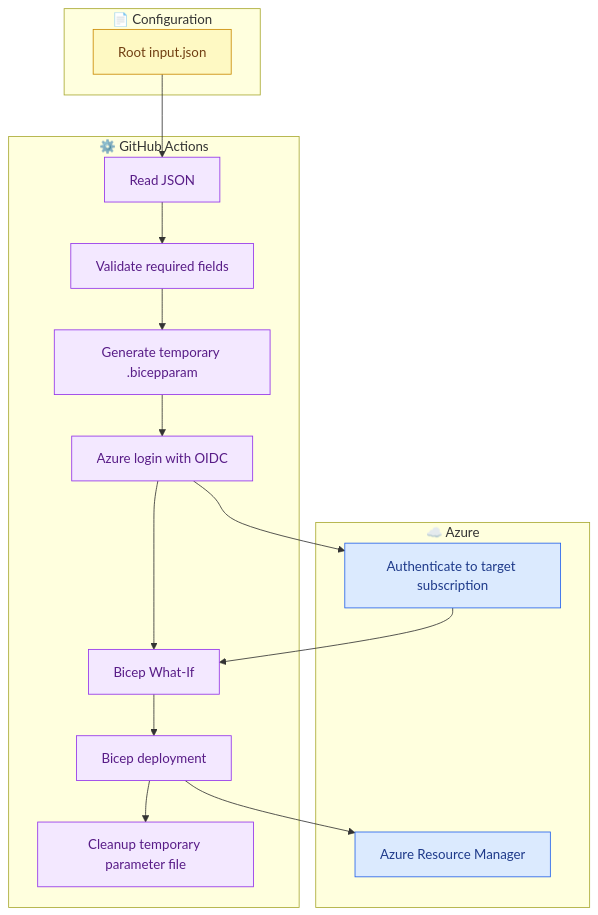
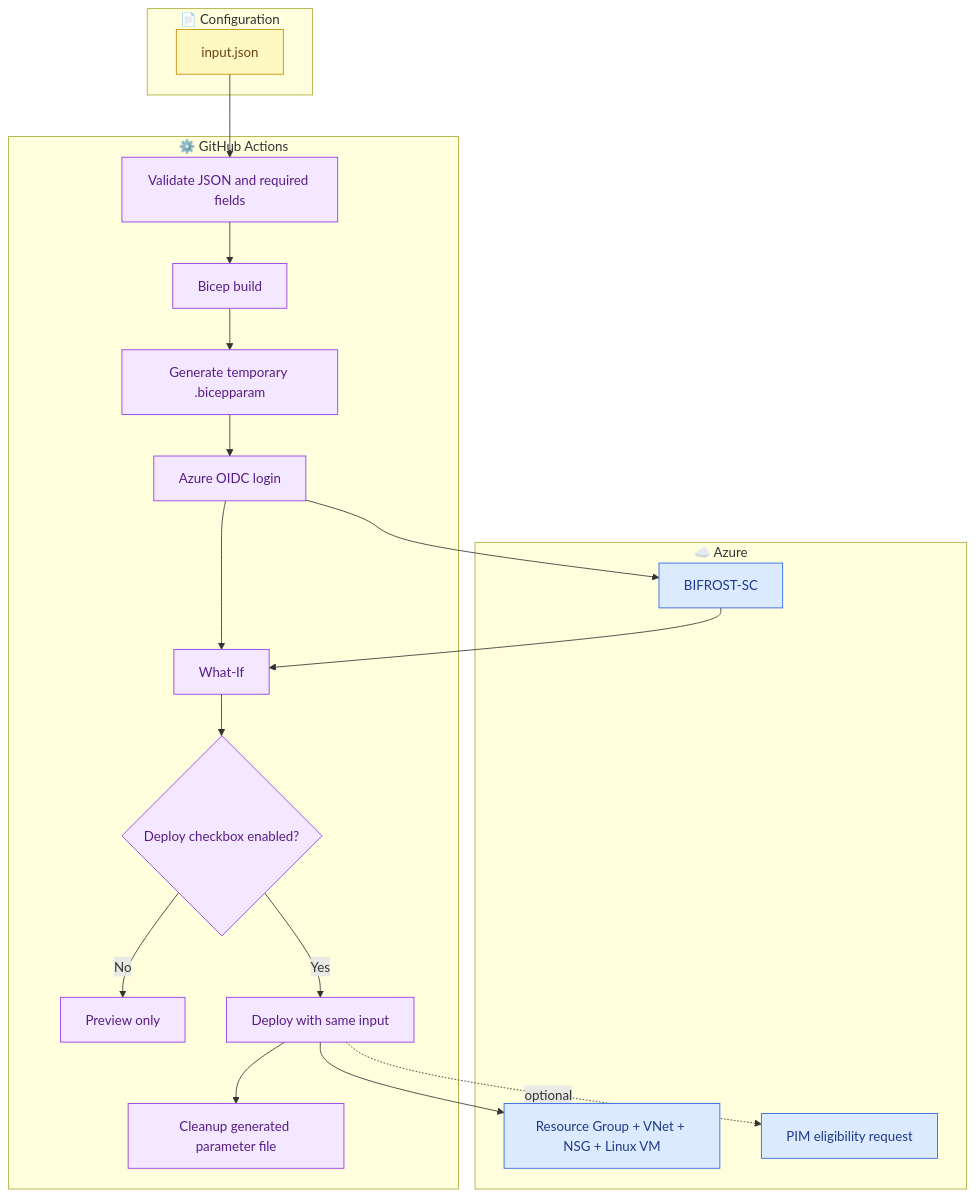
One commit to OLYMPUSPRIME/GPT-BIFROST changed the fourth of 5 diagrams in README.md. Above: the diagram before and after it, drawn with Mermaid. The commit also changed other lines of this file, not shown here.

Commit message:
Correct README workflow and deployment instructions for current implementation

````diff
--- a/README.md
+++ b/README.md
@@ -198,26 +201,29 @@
 ```mermaid
 flowchart TD
-  subgraph Source["📄 Configuration"]
-    A["Root input.json"]
+  subgraph Config["📄 Configuration"]
+    A["input.json"]
   end
-  subgraph CI["⚙️ GitHub Actions"]
-    B["Read JSON"] --> C["Validate required fields"]
+  subgraph Workflow["⚙️ GitHub Actions"]
+    B["Validate JSON and required fields"] --> C["Bicep build"]
     C --> D["Generate temporary .bicepparam"]
-    D --> E["Azure login with OIDC"]
-    E --> F["Bicep What-If"]
-    F --> G["Bicep deployment"]
-    G --> H["Cleanup temporary parameter file"]
+    D --> E["Azure OIDC login"]
+    E --> F["What-If"]
+    F --> G{"Deploy checkbox enabled?"}
+    G -->|No| H["Preview only"]
+    G -->|Yes| I["Deploy with same input"]
+    I --> J["Cleanup generated parameter file"]
   end
-  subgraph Target["☁️ Azure"]
-    E --> I["Authenticate to target subscription"]
-    I --> F
-    G --> J["Azure Resource Manager"]
+  subgraph Azure["☁️ Azure"]
+    E --> K["BIFROST-SC"]
+    K --> F
+    I --> L["Resource Group + VNet + NSG + Linux VM"]
+    I -. optional .-> M["PIM eligibility request"]
   end
   A --> B
   classDef source fill:#fef9c3,stroke:#ca8a04,color:#713f12;
-  classDef ci fill:#f3e8ff,stroke:#9333ea,color:#581c87;
+  classDef actions fill:#f3e8ff,stroke:#9333ea,color:#581c87;
   classDef azure fill:#dbeafe,stroke:#2563eb,color:#1e3a8a;
   class A source;
-  class B,C,D,E,F,G,H ci;
-  class I,J azure;
+  class B,C,D,E,F,G,H,I,J actions;
+  class K,L,M azure;
 ```
````
